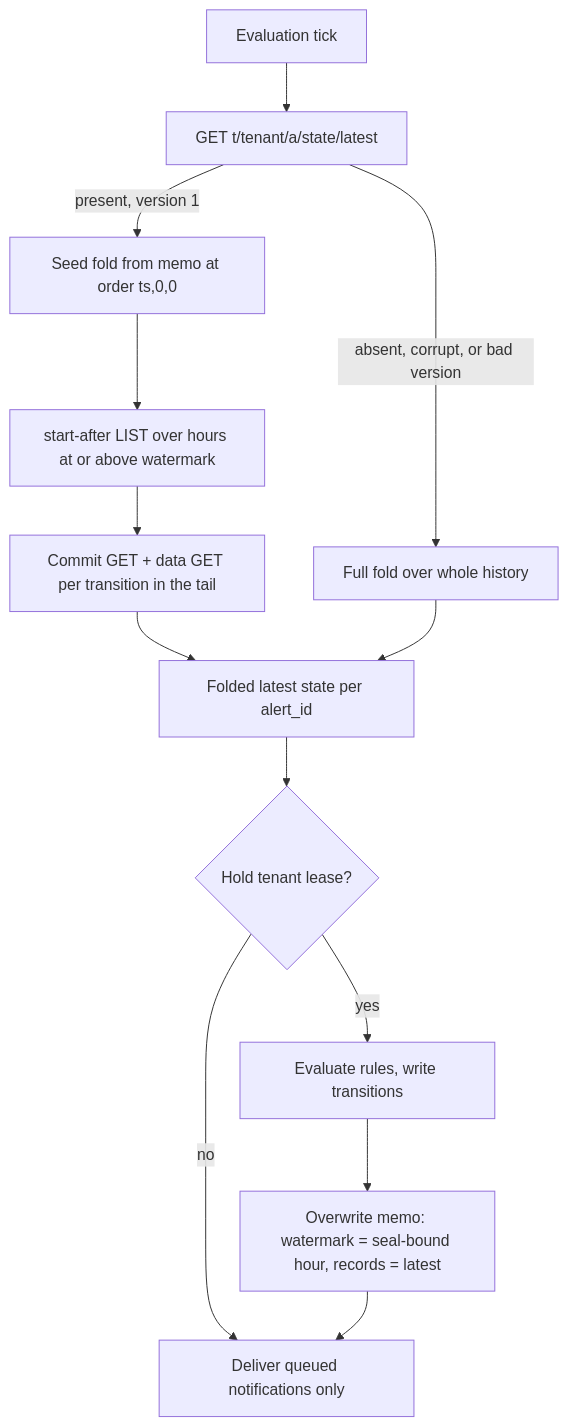
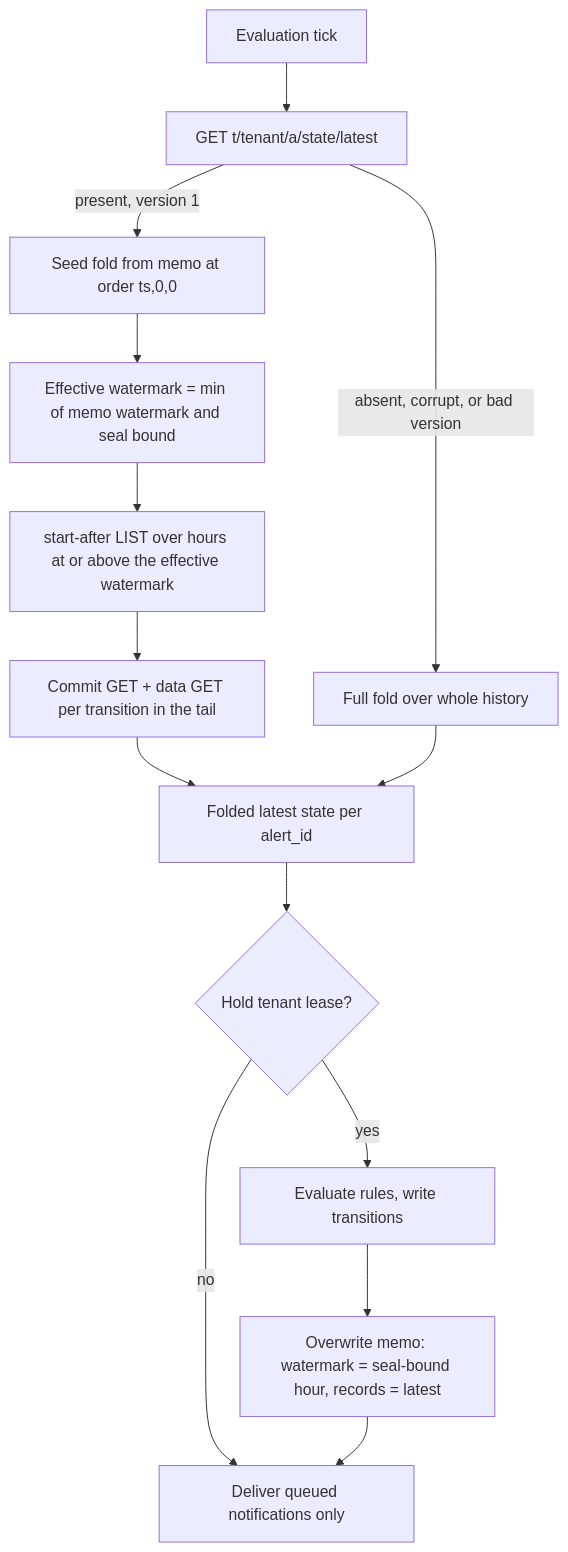
One commit to NOFireAI/ravel changed the diagram in docs/adrs/1294-alert-state-memo.md. Above: the diagram before and after it, drawn with Mermaid. The commit also changed other lines of this file and 2 other files, not shown here.

````diff
--- a/docs/adrs/1294-alert-state-memo.md
+++ b/docs/adrs/1294-alert-state-memo.md
@@ -183,15 +212,16 @@
 ```mermaid
 flowchart TD
     tick[Evaluation tick] --> getmemo[GET t/tenant/a/state/latest]
     getmemo -->|present, version 1| seed[Seed fold from memo at order ts,0,0]
     getmemo -->|absent, corrupt, or bad version| full[Full fold over whole history]
-    seed --> tail[start-after LIST over hours at or above watermark]
+    seed --> clamp[Effective watermark = min of memo watermark and seal bound]
+    clamp --> tail[start-after LIST over hours at or above the effective watermark]
     tail --> foldtail[Commit GET + data GET per transition in the tail]
     foldtail --> latest[Folded latest state per alert_id]
     full --> latest
     latest --> lease{Hold tenant lease?}
     lease -->|no| done[Deliver queued notifications only]
     lease -->|yes| eval[Evaluate rules, write transitions]
     eval --> write[Overwrite memo: watermark = seal-bound hour, records = latest]
     write --> done
 ```
````
